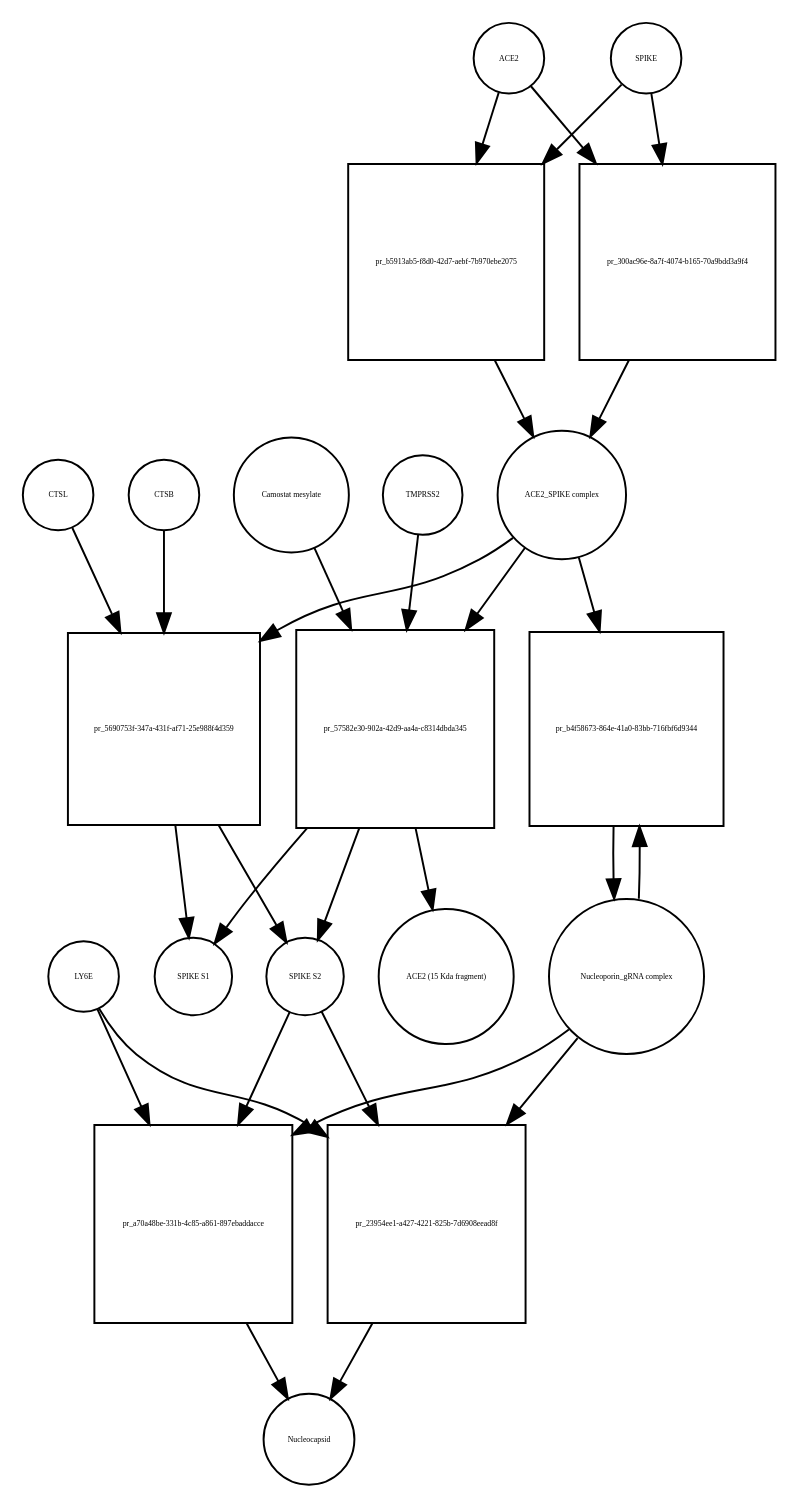
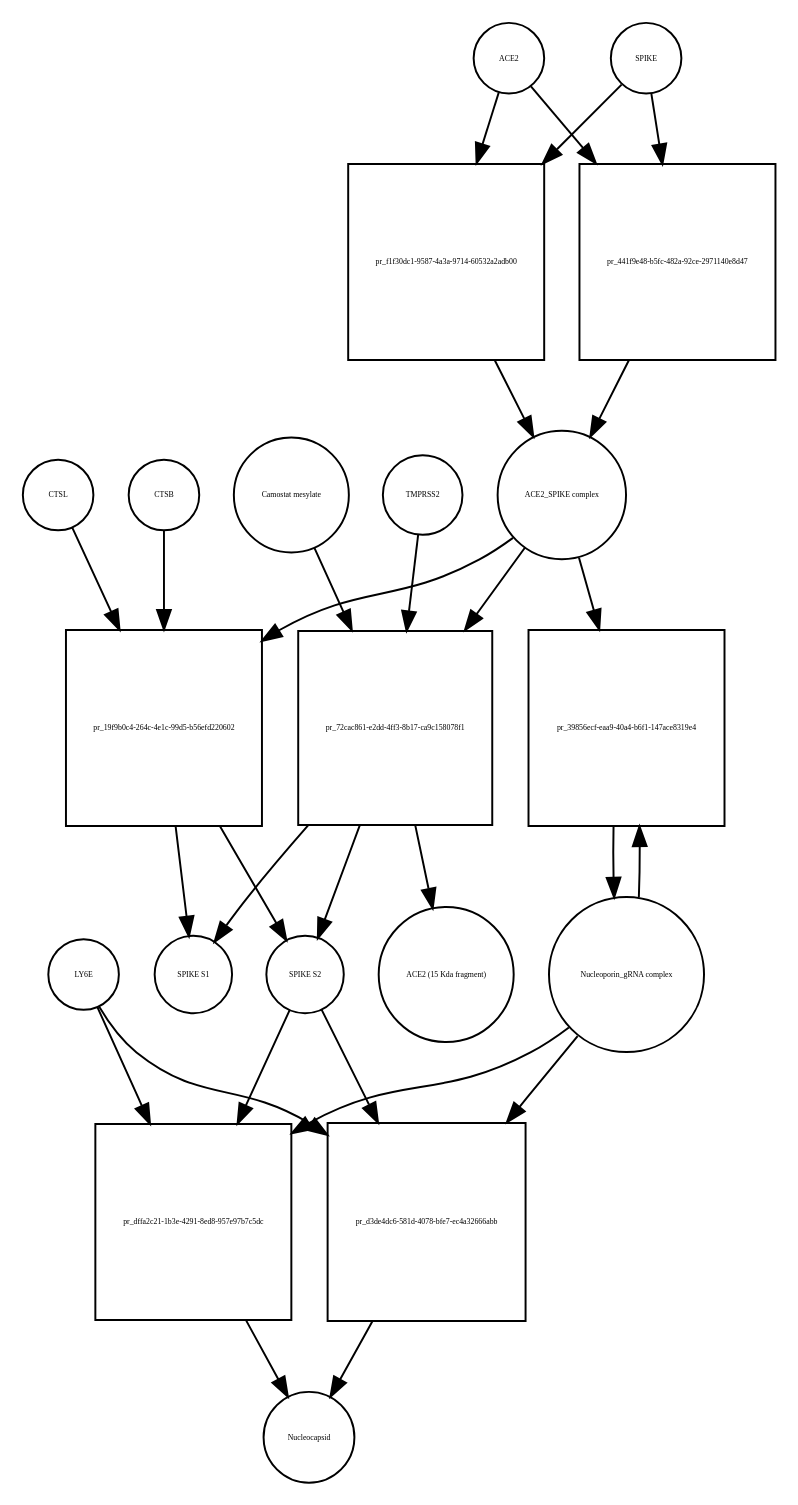
Before and after one commit to cannin/covid19-sbgn: the diagram in Virus_replication_cycle_V01.xml_bipartite.dot, drawn with Graphviz. The commit also changed 637 other files, not shown here.

```diff
--- a/Virus_replication_cycle_V01.xml_bipartite.dot
+++ b/Virus_replication_cycle_V01.xml_bipartite.dot
@@ -1,50 +1,50 @@
 strict digraph  {
 ACE2 [annotation="", bipartite=0, cls=macromolecule, fontsize=4, label=ACE2, shape=circle];
-"pr_b5913ab5-f8d0-42d7-aebf-7b970ebe2075" [annotation="", bipartite=1, cls=process, fontsize=4, label="pr_b5913ab5-f8d0-42d7-aebf-7b970ebe2075", shape=square];
+"pr_f1f30dc1-9587-4a3a-9714-60532a2adb00" [annotation="", bipartite=1, cls=process, fontsize=4, label="pr_f1f30dc1-9587-4a3a-9714-60532a2adb00", shape=square];
 "ACE2_SPIKE complex" [annotation="", bipartite=0, cls=complex, fontsize=4, label="ACE2_SPIKE complex", shape=circle];
 SPIKE [annotation="", bipartite=0, cls="macromolecule multimer", fontsize=4, label=SPIKE, shape=circle];
 "Nucleoporin_gRNA complex " [annotation="", bipartite=0, cls=complex, fontsize=4, label="Nucleoporin_gRNA complex ", shape=circle];
-"pr_b4f58673-864e-41a0-83bb-716fbf6d9344" [annotation="", bipartite=1, cls=process, fontsize=4, label="pr_b4f58673-864e-41a0-83bb-716fbf6d9344", shape=square];
-"pr_5690753f-347a-431f-af71-25e988f4d359" [annotation="", bipartite=1, cls=process, fontsize=4, label="pr_5690753f-347a-431f-af71-25e988f4d359", shape=square];
+"pr_39856ecf-eaa9-40a4-b6f1-147ace8319e4" [annotation="", bipartite=1, cls=process, fontsize=4, label="pr_39856ecf-eaa9-40a4-b6f1-147ace8319e4", shape=square];
+"pr_19f9b0c4-264c-4e1c-99d5-b56efd220602" [annotation="", bipartite=1, cls=process, fontsize=4, label="pr_19f9b0c4-264c-4e1c-99d5-b56efd220602", shape=square];
 "SPIKE S2" [annotation="", bipartite=0, cls=macromolecule, fontsize=4, label="SPIKE S2", shape=circle];
 CTSB [annotation="", bipartite=0, cls=macromolecule, fontsize=4, label=CTSB, shape=circle];
 CTSL [annotation="", bipartite=0, cls=macromolecule, fontsize=4, label=CTSL, shape=circle];
 "SPIKE S1" [annotation="", bipartite=0, cls=macromolecule, fontsize=4, label="SPIKE S1", shape=circle];
-"pr_a70a48be-331b-4c85-a861-897ebaddacce" [annotation="", bipartite=1, cls=process, fontsize=4, label="pr_a70a48be-331b-4c85-a861-897ebaddacce", shape=square];
+"pr_dffa2c21-1b3e-4291-8ed8-957e97b7c5dc" [annotation="", bipartite=1, cls=process, fontsize=4, label="pr_dffa2c21-1b3e-4291-8ed8-957e97b7c5dc", shape=square];
 Nucleocapsid [annotation="", bipartite=0, cls=complex, fontsize=4, label=Nucleocapsid, shape=circle];
 LY6E [annotation="", bipartite=0, cls=macromolecule, fontsize=4, label=LY6E, shape=circle];
-"pr_57582e30-902a-42d9-aa4a-c8314dbda345" [annotation="", bipartite=1, cls=process, fontsize=4, label="pr_57582e30-902a-42d9-aa4a-c8314dbda345", shape=square];
+"pr_72cac861-e2dd-4ff3-8b17-ca9c158078f1" [annotation="", bipartite=1, cls=process, fontsize=4, label="pr_72cac861-e2dd-4ff3-8b17-ca9c158078f1", shape=square];
 TMPRSS2 [annotation="", bipartite=0, cls=macromolecule, fontsize=4, label=TMPRSS2, shape=circle];
 "Camostat mesylate" [annotation="urn_miriam_pubchem.compound_2536", bipartite=0, cls="simple chemical", fontsize=4, label="Camostat mesylate", shape=circle];
 "ACE2 (15 Kda fragment)" [annotation="", bipartite=0, cls=macromolecule, fontsize=4, label="ACE2 (15 Kda fragment)", shape=circle];
-"pr_300ac96e-8a7f-4074-b165-70a9bdd3a9f4" [annotation="", bipartite=1, cls=process, fontsize=4, label="pr_300ac96e-8a7f-4074-b165-70a9bdd3a9f4", shape=square];
-"pr_23954ee1-a427-4221-825b-7d6908eead8f" [annotation="", bipartite=1, cls=process, fontsize=4, label="pr_23954ee1-a427-4221-825b-7d6908eead8f", shape=square];
-ACE2 -> "pr_b5913ab5-f8d0-42d7-aebf-7b970ebe2075"  [annotation="", interaction_type=consumption];
-ACE2 -> "pr_300ac96e-8a7f-4074-b165-70a9bdd3a9f4"  [annotation="", interaction_type=consumption];
-"pr_b5913ab5-f8d0-42d7-aebf-7b970ebe2075" -> "ACE2_SPIKE complex"  [annotation="", interaction_type=production];
-"ACE2_SPIKE complex" -> "pr_b4f58673-864e-41a0-83bb-716fbf6d9344"  [annotation="urn_miriam_pubmed_32142651|urn_miriam_pubmed_32094589", interaction_type=stimulation];
-"ACE2_SPIKE complex" -> "pr_5690753f-347a-431f-af71-25e988f4d359"  [annotation="", interaction_type=consumption];
-"ACE2_SPIKE complex" -> "pr_57582e30-902a-42d9-aa4a-c8314dbda345"  [annotation="", interaction_type=consumption];
-SPIKE -> "pr_b5913ab5-f8d0-42d7-aebf-7b970ebe2075"  [annotation="", interaction_type=consumption];
-SPIKE -> "pr_300ac96e-8a7f-4074-b165-70a9bdd3a9f4"  [annotation="", interaction_type=consumption];
-"Nucleoporin_gRNA complex " -> "pr_b4f58673-864e-41a0-83bb-716fbf6d9344"  [annotation="", interaction_type=consumption];
-"Nucleoporin_gRNA complex " -> "pr_a70a48be-331b-4c85-a861-897ebaddacce"  [annotation="", interaction_type=consumption];
-"Nucleoporin_gRNA complex " -> "pr_23954ee1-a427-4221-825b-7d6908eead8f"  [annotation="", interaction_type=consumption];
-"pr_b4f58673-864e-41a0-83bb-716fbf6d9344" -> "Nucleoporin_gRNA complex "  [annotation="", interaction_type=production];
-"pr_5690753f-347a-431f-af71-25e988f4d359" -> "SPIKE S2"  [annotation="", interaction_type=production];
-"pr_5690753f-347a-431f-af71-25e988f4d359" -> "SPIKE S1"  [annotation="", interaction_type=production];
-"SPIKE S2" -> "pr_a70a48be-331b-4c85-a861-897ebaddacce"  [annotation="urn_miriam_doi_10.1101%2F2020.03.05.979260|urn_miriam_pubmed_32142651|urn_miriam_pubmed_32094589", interaction_type=stimulation];
-"SPIKE S2" -> "pr_23954ee1-a427-4221-825b-7d6908eead8f"  [annotation="urn_miriam_doi_10.1101%2F2020.03.05.979260", interaction_type=stimulation];
-CTSB -> "pr_5690753f-347a-431f-af71-25e988f4d359"  [annotation=urn_miriam_pubmed_32142651, interaction_type=catalysis];
-CTSL -> "pr_5690753f-347a-431f-af71-25e988f4d359"  [annotation=urn_miriam_pubmed_32142651, interaction_type=catalysis];
-"pr_a70a48be-331b-4c85-a861-897ebaddacce" -> Nucleocapsid  [annotation="", interaction_type=production];
-LY6E -> "pr_a70a48be-331b-4c85-a861-897ebaddacce"  [annotation="urn_miriam_doi_10.1101%2F2020.03.05.979260|urn_miriam_pubmed_32142651|urn_miriam_pubmed_32094589", interaction_type=inhibition];
-LY6E -> "pr_23954ee1-a427-4221-825b-7d6908eead8f"  [annotation="urn_miriam_doi_10.1101%2F2020.03.05.979260", interaction_type=inhibition];
-"pr_57582e30-902a-42d9-aa4a-c8314dbda345" -> "SPIKE S2"  [annotation="", interaction_type=production];
-"pr_57582e30-902a-42d9-aa4a-c8314dbda345" -> "SPIKE S1"  [annotation="", interaction_type=production];
-"pr_57582e30-902a-42d9-aa4a-c8314dbda345" -> "ACE2 (15 Kda fragment)"  [annotation="", interaction_type=production];
-TMPRSS2 -> "pr_57582e30-902a-42d9-aa4a-c8314dbda345"  [annotation="urn_miriam_pubmed_32142651|urn_miriam_pubmed_32094589|urn_miriam_pubmed_24227843", interaction_type=catalysis];
-"Camostat mesylate" -> "pr_57582e30-902a-42d9-aa4a-c8314dbda345"  [annotation="urn_miriam_pubmed_32142651|urn_miriam_pubmed_32094589|urn_miriam_pubmed_24227843", interaction_type=inhibition];
-"pr_300ac96e-8a7f-4074-b165-70a9bdd3a9f4" -> "ACE2_SPIKE complex"  [annotation="", interaction_type=production];
-"pr_23954ee1-a427-4221-825b-7d6908eead8f" -> Nucleocapsid  [annotation="", interaction_type=production];
+"pr_441f9e48-b5fc-482a-92ce-2971140e8d47" [annotation="", bipartite=1, cls=process, fontsize=4, label="pr_441f9e48-b5fc-482a-92ce-2971140e8d47", shape=square];
+"pr_d3de4dc6-581d-4078-bfe7-ec4a32666abb" [annotation="", bipartite=1, cls=process, fontsize=4, label="pr_d3de4dc6-581d-4078-bfe7-ec4a32666abb", shape=square];
+ACE2 -> "pr_f1f30dc1-9587-4a3a-9714-60532a2adb00"  [annotation="", interaction_type=consumption];
+ACE2 -> "pr_441f9e48-b5fc-482a-92ce-2971140e8d47"  [annotation="", interaction_type=consumption];
+"pr_f1f30dc1-9587-4a3a-9714-60532a2adb00" -> "ACE2_SPIKE complex"  [annotation="", interaction_type=production];
+"ACE2_SPIKE complex" -> "pr_39856ecf-eaa9-40a4-b6f1-147ace8319e4"  [annotation="urn_miriam_pubmed_32142651|urn_miriam_pubmed_32094589", interaction_type=stimulation];
+"ACE2_SPIKE complex" -> "pr_19f9b0c4-264c-4e1c-99d5-b56efd220602"  [annotation="", interaction_type=consumption];
+"ACE2_SPIKE complex" -> "pr_72cac861-e2dd-4ff3-8b17-ca9c158078f1"  [annotation="", interaction_type=consumption];
+SPIKE -> "pr_f1f30dc1-9587-4a3a-9714-60532a2adb00"  [annotation="", interaction_type=consumption];
+SPIKE -> "pr_441f9e48-b5fc-482a-92ce-2971140e8d47"  [annotation="", interaction_type=consumption];
+"Nucleoporin_gRNA complex " -> "pr_39856ecf-eaa9-40a4-b6f1-147ace8319e4"  [annotation="", interaction_type=consumption];
+"Nucleoporin_gRNA complex " -> "pr_dffa2c21-1b3e-4291-8ed8-957e97b7c5dc"  [annotation="", interaction_type=consumption];
+"Nucleoporin_gRNA complex " -> "pr_d3de4dc6-581d-4078-bfe7-ec4a32666abb"  [annotation="", interaction_type=consumption];
+"pr_39856ecf-eaa9-40a4-b6f1-147ace8319e4" -> "Nucleoporin_gRNA complex "  [annotation="", interaction_type=production];
+"pr_19f9b0c4-264c-4e1c-99d5-b56efd220602" -> "SPIKE S2"  [annotation="", interaction_type=production];
+"pr_19f9b0c4-264c-4e1c-99d5-b56efd220602" -> "SPIKE S1"  [annotation="", interaction_type=production];
+"SPIKE S2" -> "pr_dffa2c21-1b3e-4291-8ed8-957e97b7c5dc"  [annotation="urn_miriam_doi_10.1101%2F2020.03.05.979260|urn_miriam_pubmed_32142651|urn_miriam_pubmed_32094589", interaction_type=stimulation];
+"SPIKE S2" -> "pr_d3de4dc6-581d-4078-bfe7-ec4a32666abb"  [annotation="urn_miriam_doi_10.1101%2F2020.03.05.979260", interaction_type=stimulation];
+CTSB -> "pr_19f9b0c4-264c-4e1c-99d5-b56efd220602"  [annotation=urn_miriam_pubmed_32142651, interaction_type=catalysis];
+CTSL -> "pr_19f9b0c4-264c-4e1c-99d5-b56efd220602"  [annotation=urn_miriam_pubmed_32142651, interaction_type=catalysis];
+"pr_dffa2c21-1b3e-4291-8ed8-957e97b7c5dc" -> Nucleocapsid  [annotation="", interaction_type=production];
+LY6E -> "pr_dffa2c21-1b3e-4291-8ed8-957e97b7c5dc"  [annotation="urn_miriam_doi_10.1101%2F2020.03.05.979260|urn_miriam_pubmed_32142651|urn_miriam_pubmed_32094589", interaction_type=inhibition];
+LY6E -> "pr_d3de4dc6-581d-4078-bfe7-ec4a32666abb"  [annotation="urn_miriam_doi_10.1101%2F2020.03.05.979260", interaction_type=inhibition];
+"pr_72cac861-e2dd-4ff3-8b17-ca9c158078f1" -> "SPIKE S2"  [annotation="", interaction_type=production];
+"pr_72cac861-e2dd-4ff3-8b17-ca9c158078f1" -> "SPIKE S1"  [annotation="", interaction_type=production];
+"pr_72cac861-e2dd-4ff3-8b17-ca9c158078f1" -> "ACE2 (15 Kda fragment)"  [annotation="", interaction_type=production];
+TMPRSS2 -> "pr_72cac861-e2dd-4ff3-8b17-ca9c158078f1"  [annotation="urn_miriam_pubmed_32142651|urn_miriam_pubmed_32094589|urn_miriam_pubmed_24227843", interaction_type=catalysis];
+"Camostat mesylate" -> "pr_72cac861-e2dd-4ff3-8b17-ca9c158078f1"  [annotation="urn_miriam_pubmed_32142651|urn_miriam_pubmed_32094589|urn_miriam_pubmed_24227843", interaction_type=inhibition];
+"pr_441f9e48-b5fc-482a-92ce-2971140e8d47" -> "ACE2_SPIKE complex"  [annotation="", interaction_type=production];
+"pr_d3de4dc6-581d-4078-bfe7-ec4a32666abb" -> Nucleocapsid  [annotation="", interaction_type=production];
 }
```
